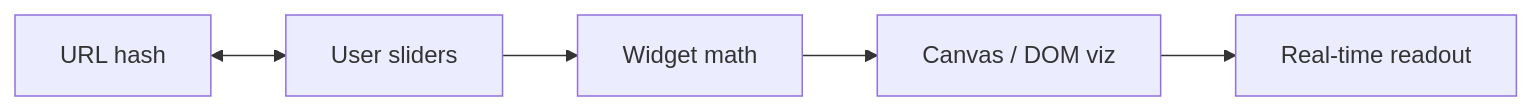
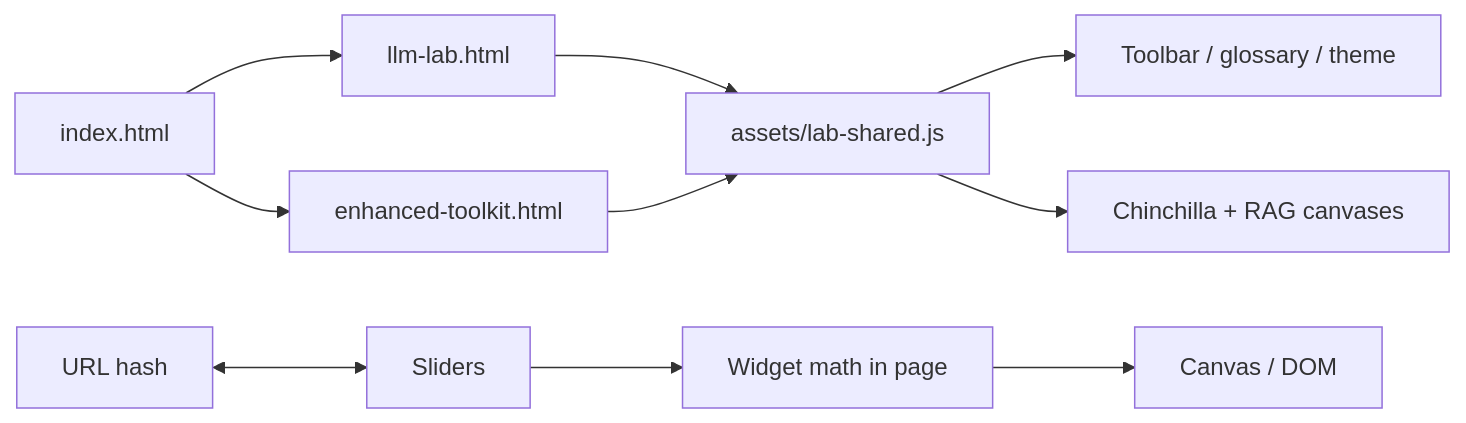
Before and after one commit to Dmallick01/llm-parameter-lab: the diagram in README.md, drawn with Mermaid. The commit also changed other lines of this file, not shown here.

````diff
--- a/README.md
+++ b/README.md
@@ -65,7 +106,12 @@
 ```mermaid
 flowchart LR
-  U[User sliders] --> W[Widget math]
-  W --> C[Canvas / DOM viz]
-  C --> R[Real-time readout]
+  Hub[index.html] --> Lab[llm-lab.html]
+  Hub --> Toolkit[enhanced-toolkit.html]
+  Lab --> Shared[assets/lab-shared.js]
+  Toolkit --> Shared
+  Shared --> UI[Toolbar / glossary / theme]
+  Shared --> Viz[Chinchilla + RAG canvases]
+  U[Sliders] --> W[Widget math in page]
+  W --> C[Canvas / DOM]
   H[URL hash] <--> U
 ```
````
